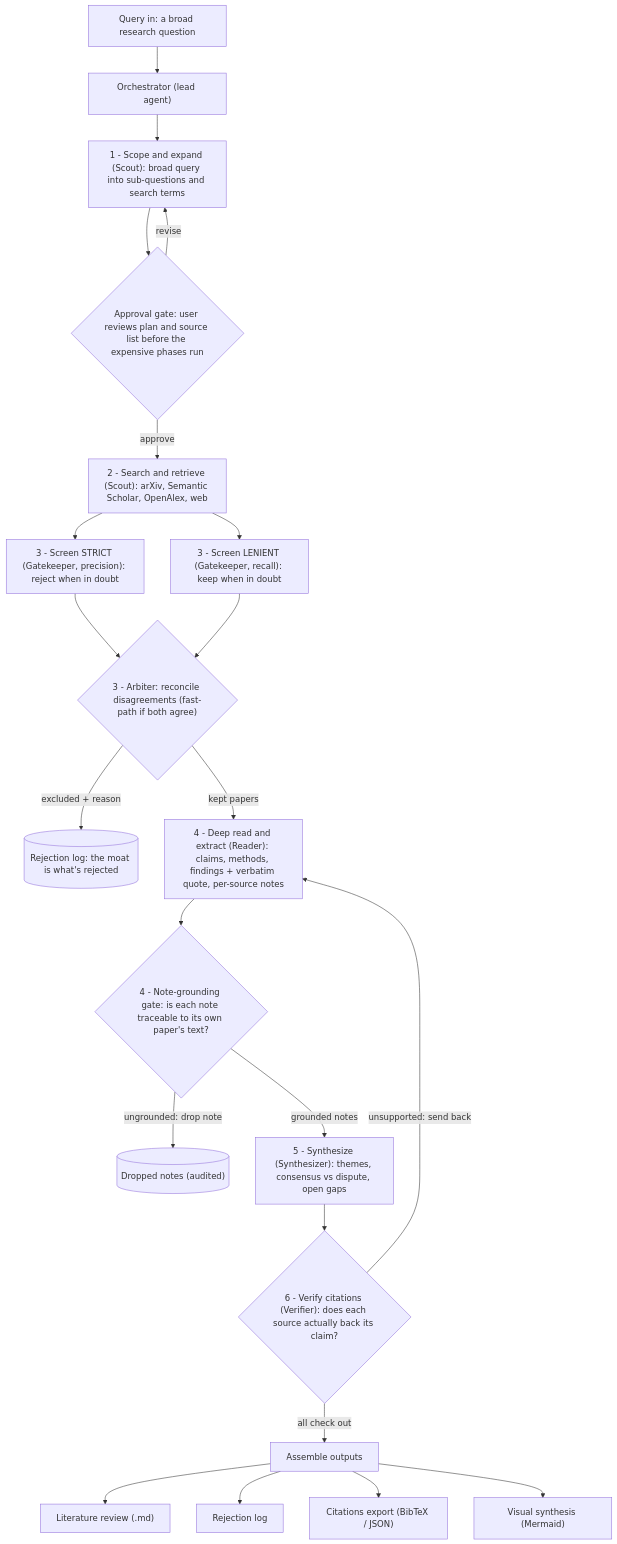
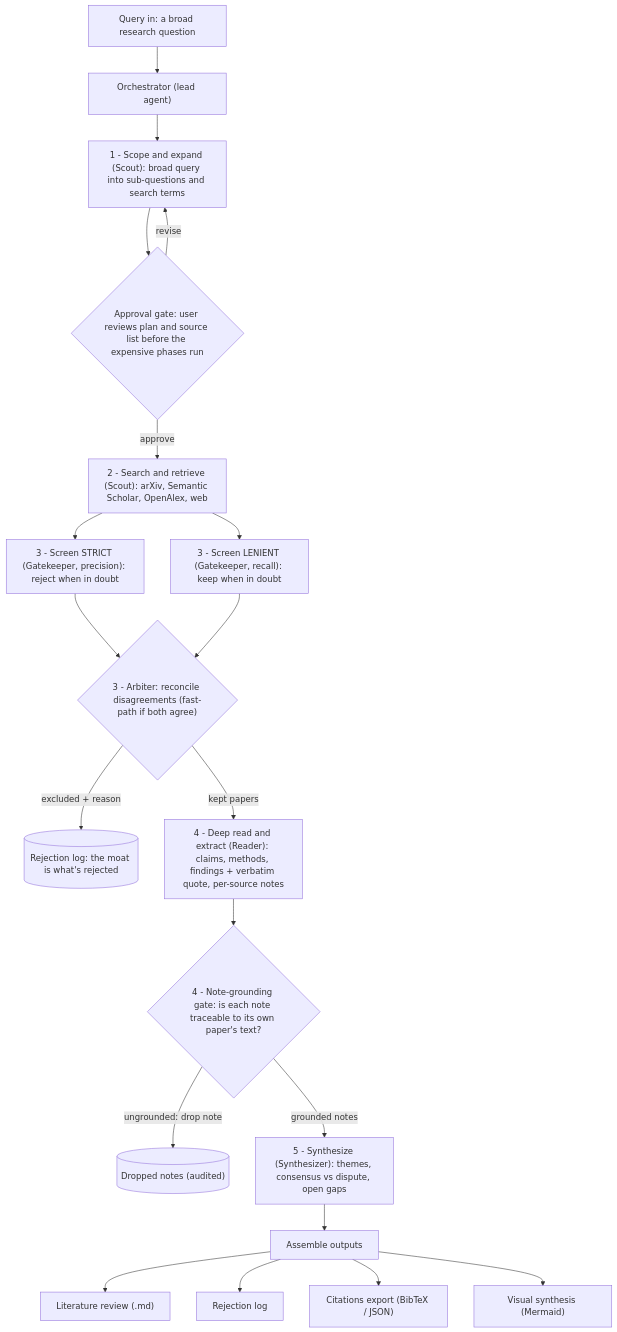
One commit to BastiSeid/NLP_Academic-Literature-Synthesizer-platform changed the diagram in README.md. Above: the diagram before and after it, drawn with Mermaid. The commit also changed other lines of this file and 18 other files, not shown here.

````diff
--- a/README.md
+++ b/README.md
@@ -30,24 +31,22 @@
 ```mermaid
 flowchart TD
     Q["Query in: a broad research question"] --> ORCH["Orchestrator (lead agent)"]
     ORCH --> SCOPE["1 - Scope and expand (Scout): broad query into sub-questions and search terms"]
     SCOPE --> GATE{"Approval gate: user reviews plan and source list before the expensive phases run"}
     GATE -- revise --> SCOPE
     GATE -- approve --> SEARCH["2 - Search and retrieve (Scout): arXiv, Semantic Scholar, OpenAlex, web"]
     SEARCH --> SCR_S["3 - Screen STRICT (Gatekeeper, precision): reject when in doubt"]
     SEARCH --> SCR_L["3 - Screen LENIENT (Gatekeeper, recall): keep when in doubt"]
     SCR_S --> ARB{"3 - Arbiter: reconcile disagreements (fast-path if both agree)"}
     SCR_L --> ARB
     ARB -- "excluded + reason" --> REJLOG[("Rejection log: the moat is what's rejected")]
     ARB -- "kept papers" --> EXTRACT["4 - Deep read and extract (Reader): claims, methods, findings + verbatim quote, per-source notes"]
     EXTRACT --> NGATE{"4 - Note-grounding gate: is each note traceable to its own paper's text?"}
     NGATE -- "ungrounded: drop note" --> DROP[("Dropped notes (audited)")]
     NGATE -- "grounded notes" --> SYNTH["5 - Synthesize (Synthesizer): themes, consensus vs dispute, open gaps"]
-    SYNTH --> VERIFY{"6 - Verify citations (Verifier): does each source actually back its claim?"}
-    VERIFY -- "unsupported: send back" --> EXTRACT
-    VERIFY -- "all check out" --> OUT["Assemble outputs"]
+    SYNTH --> OUT["Assemble outputs"]
     OUT --> O1["Literature review (.md)"]
     OUT --> O2["Rejection log"]
     OUT --> O3["Citations export (BibTeX / JSON)"]
     OUT --> O4["Visual synthesis (Mermaid)"]
 ```
````
